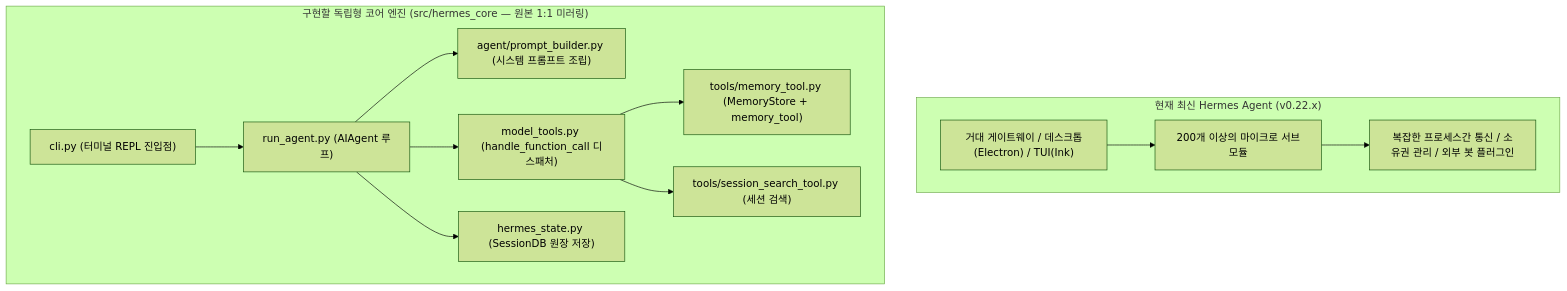
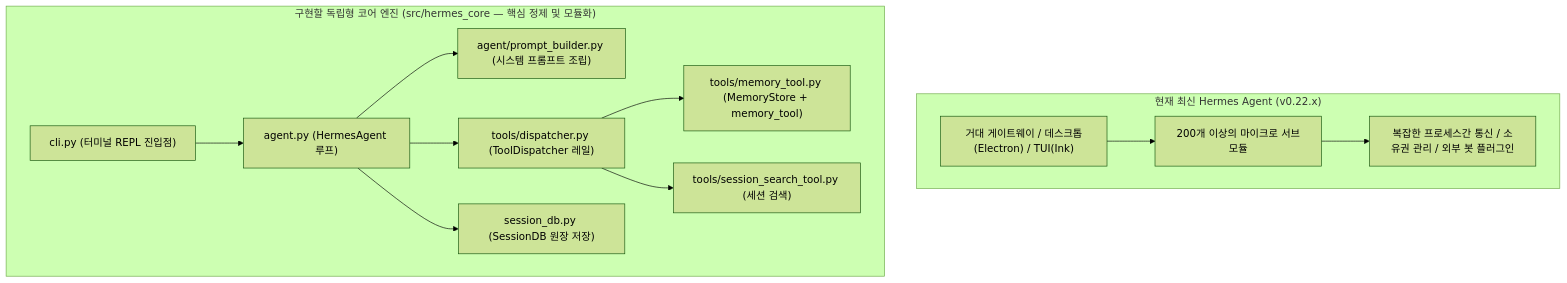
The first of 2 diagrams in docs/로드맵/01-헤르메스코어-예제구축/ROADMAP.md (RadiantCitron/hermes-agent-study), drawn with Mermaid (forest theme) before and after one commit. The commit also changed other lines of this file and 5 other files, not shown here.

Commit message:
docs: replace rigid 1:1 mirroring mandate with concept mapping guide and refine roadmap 01

````diff
--- a/docs/로드맵/01-헤르메스코어-예제구축/ROADMAP.md
+++ b/docs/로드맵/01-헤르메스코어-예제구축/ROADMAP.md
@@ -22,16 +24,16 @@
 ```mermaid
 flowchart TD
     subgraph AsIs["현재 최신 Hermes Agent (v0.22.x)"]
         A1["거대 게이트웨이 / 데스크톱(Electron) / TUI(Ink)"] --> A2["200개 이상의 마이크로 서브모듈"]
         A2 --> A3["복잡한 프로세스간 통신 / 소유권 관리 / 외부 봇 플러그인"]
     end
 
-    subgraph ToBe["구현할 독립형 코어 엔진 (src/hermes_core — 원본 1:1 미러링)"]
-        B1["cli.py (터미널 REPL 진입점)"] --> B2["run_agent.py (AIAgent 루프)"]
+    subgraph ToBe["구현할 독립형 코어 엔진 (src/hermes_core — 핵심 정제 및 모듈화)"]
+        B1["cli.py (터미널 REPL 진입점)"] --> B2["agent.py (HermesAgent 루프)"]
         B2 --> B3["agent/prompt_builder.py (시스템 프롬프트 조립)"]
-        B2 --> B4["model_tools.py (handle_function_call 디스패처)"]
+        B2 --> B4["tools/dispatcher.py (ToolDispatcher 레일)"]
         B4 --> B5["tools/memory_tool.py (MemoryStore + memory_tool)"]
         B4 --> B6["tools/session_search_tool.py (세션 검색)"]
-        B2 --> B7["hermes_state.py (SessionDB 원장 저장)"]
+        B2 --> B7["session_db.py (SessionDB 원장 저장)"]
     end
 ```
````
